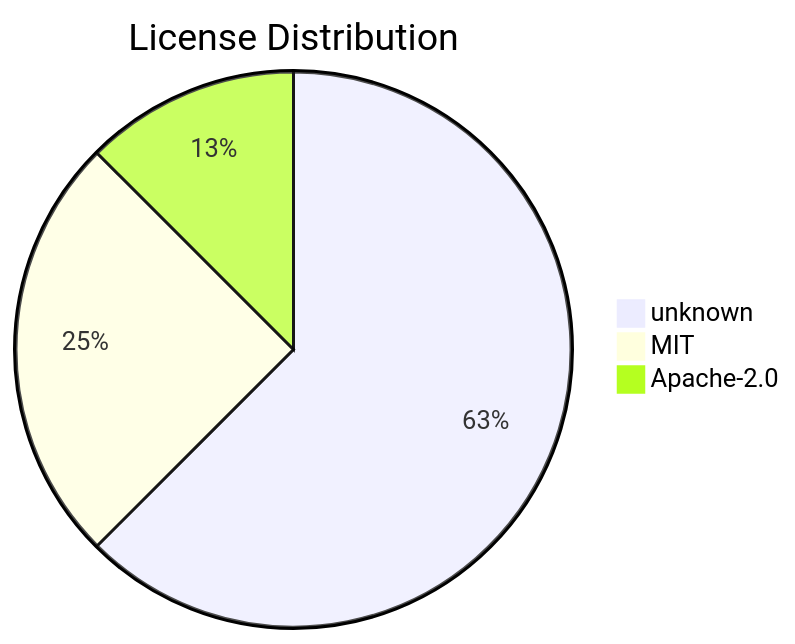
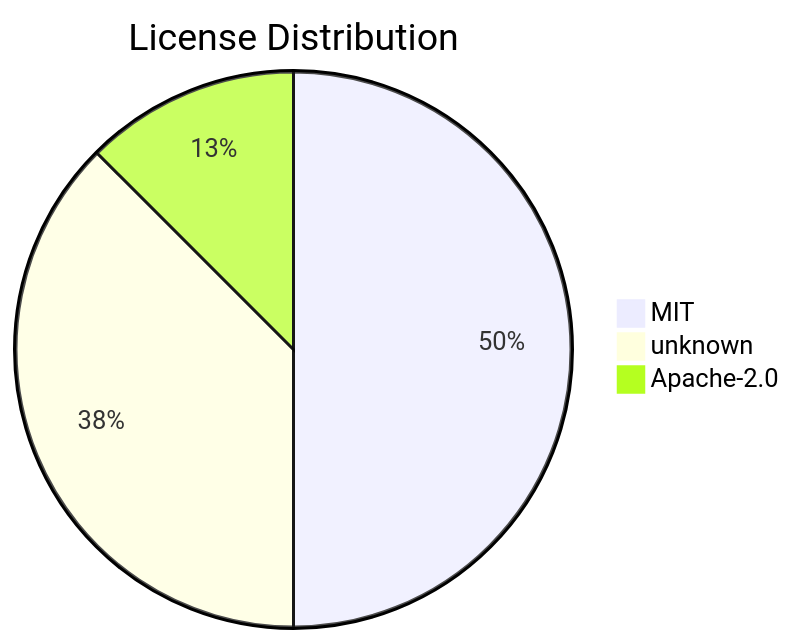
One commit to svenroth-ai/shipwright changed the diagram in .shipwright/compliance/sbom.md. Above: the diagram before and after it, drawn with Mermaid. The commit also changed other lines of this file and 17 other files, not shown here.

````diff
--- a/.shipwright/compliance/sbom.md
+++ b/.shipwright/compliance/sbom.md
@@ -17,6 +17,6 @@
 ```mermaid
 pie title License Distribution
-    "unknown" : 5
-    "MIT" : 2
+    "MIT" : 4
+    "unknown" : 3
     "Apache-2.0" : 1
 ```
````
